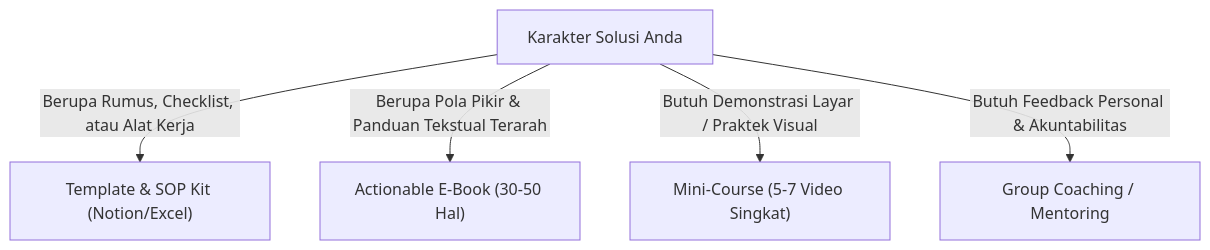
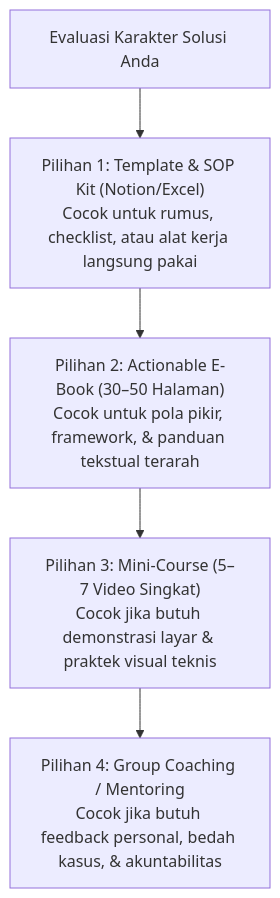
Before and after one commit to crediblemark-official/Blog-SiBi: the diagram in src/content/blog/cetak-biru-creator-commerce-part-2-arsitektur-produk.md, drawn with Mermaid. The commit also changed other lines of this file and 83 other files, not shown here.

````diff
--- a/src/content/blog/cetak-biru-creator-commerce-part-2-arsitektur-produk.md
+++ b/src/content/blog/cetak-biru-creator-commerce-part-2-arsitektur-produk.md
@@ -38,7 +38,9 @@
 ```mermaid
 graph TD
-  A["Karakter Solusi Anda"] -->|Berupa Rumus, Checklist, atau Alat Kerja| B["Template & SOP Kit (Notion/Excel)"]
-  A -->|Berupa Pola Pikir & Panduan Tekstual Terarah| C["Actionable E-Book (30-50 Hal)"]
-  A -->|Butuh Demonstrasi Layar / Praktek Visual| D["Mini-Course (5-7 Video Singkat)"]
-  A -->|Butuh Feedback Personal & Akuntabilitas| E["Group Coaching / Mentoring"]
+  A["Evaluasi Karakter Solusi Anda"]
+  
+  A --> B["Pilihan 1: Template & SOP Kit (Notion/Excel)<br/>Cocok untuk rumus, checklist, atau alat kerja langsung pakai"]
+  B --> C["Pilihan 2: Actionable E-Book (30–50 Halaman)<br/>Cocok untuk pola pikir, framework, & panduan tekstual terarah"]
+  C --> D["Pilihan 3: Mini-Course (5–7 Video Singkat)<br/>Cocok jika butuh demonstrasi layar & praktek visual teknis"]
+  D --> E["Pilihan 4: Group Coaching / Mentoring<br/>Cocok jika butuh feedback personal, bedah kasus, & akuntabilitas"]
 ```
````
